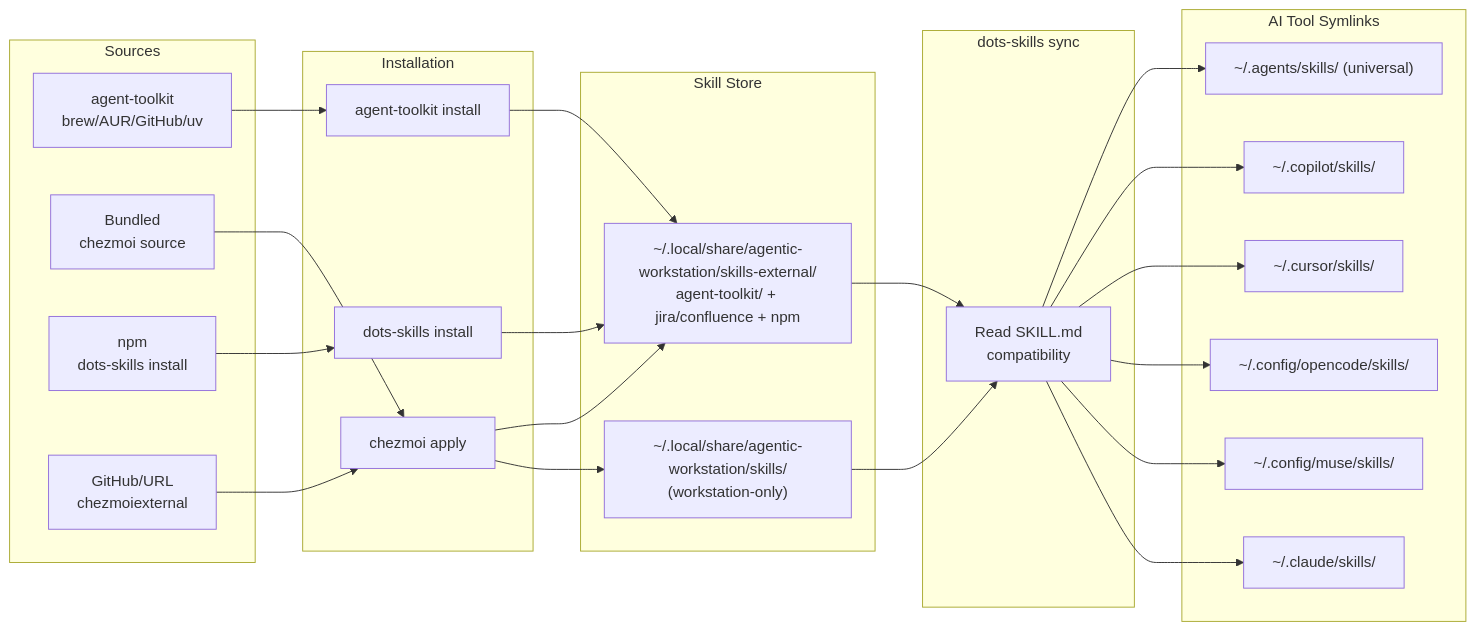
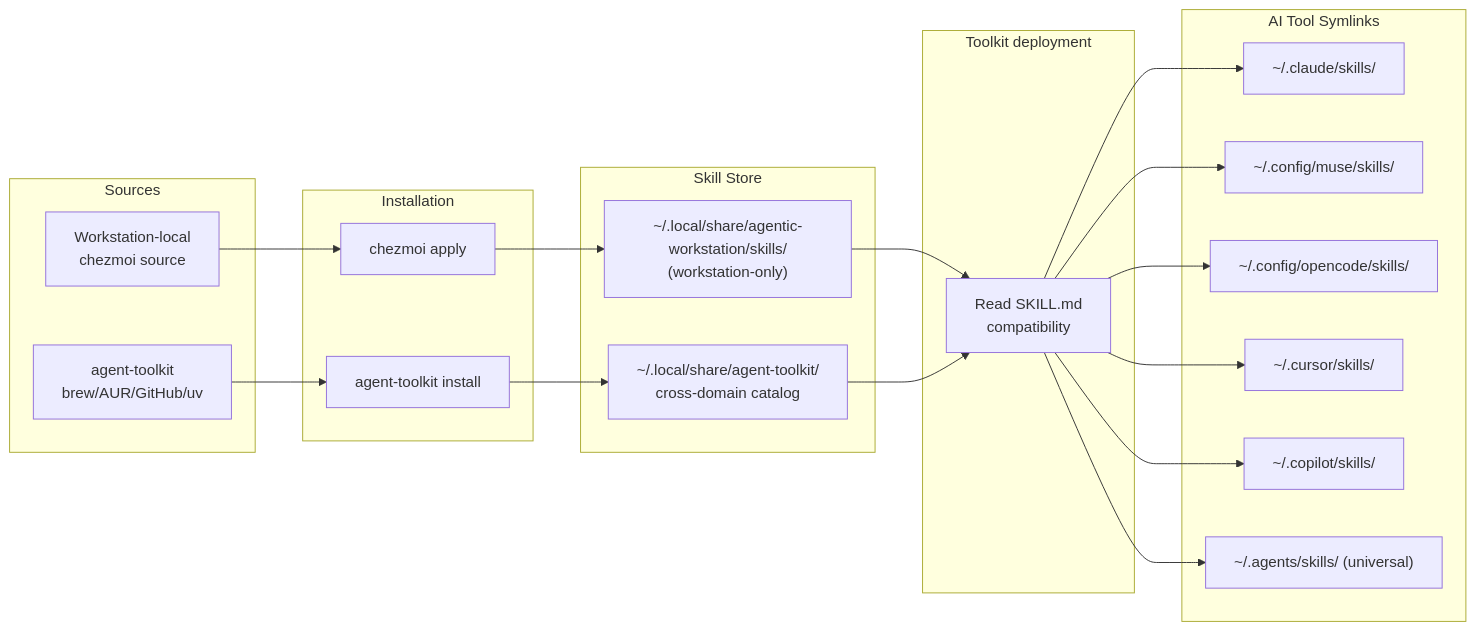
One commit to ulises-jeremias/agentic-workstation changed the diagram in docs/SKILLS.md. Above: the diagram before and after it, drawn with Mermaid. The commit also changed other lines of this file and 26 other files, not shown here.

First line of the commit message:
refactor(toolkit): install Jira and Confluence through Toolkit

````diff
--- a/docs/SKILLS.md
+++ b/docs/SKILLS.md
@@ -24,46 +24,41 @@
 ```mermaid
 flowchart LR
     subgraph Sources
         AT[agent-toolkit<br/>brew/AUR/GitHub/uv]
-        B[Bundled<br/>chezmoi source]
-        N[npm<br/>dots-skills install]
-        G[GitHub/URL<br/>chezmoiexternal]
+        B[Workstation-local<br/>chezmoi source]
     end
 
     subgraph Install["Installation"]
         CA[chezmoi apply]
         ATI[agent-toolkit install]
-        NS[dots-skills install]
     end
 
     subgraph Store["Skill Store"]
         S1["~/.local/share/agentic-workstation/skills/<br/>(workstation-only)"]
-        S2["~/.local/share/agentic-workstation/skills-external/<br/>agent-toolkit/ + jira/confluence + npm"]
+        S2["~/.local/share/agent-toolkit/<br/>cross-domain catalog"]
     end
 
-    subgraph Sync["dots-skills sync"]
+    subgraph Sync["Toolkit deployment"]
         SJ["Read SKILL.md<br/>compatibility"]
     end
 
     subgraph Tools["AI Tool Symlinks"]
         T1["~/.claude/skills/"]
         T2["~/.config/muse/skills/"]
         T3["~/.config/opencode/skills/"]
         T4["~/.cursor/skills/"]
         T5["~/.copilot/skills/"]
         T6["~/.agents/skills/ (universal)"]
     end
 
     AT --> ATI --> S2
     B --> CA --> S1
-    N --> NS --> S2
-    G --> CA --> S2
     S1 --> SJ
     S2 --> SJ
     SJ --> T1
     SJ --> T2
     SJ --> T3
     SJ --> T4
     SJ --> T5
     SJ --> T6
 ```
````
